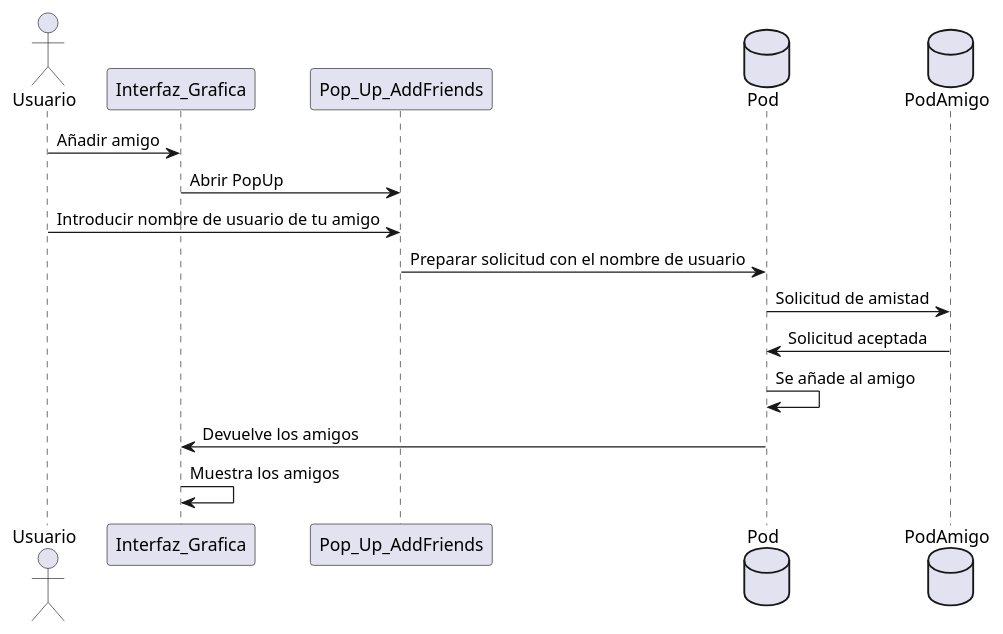
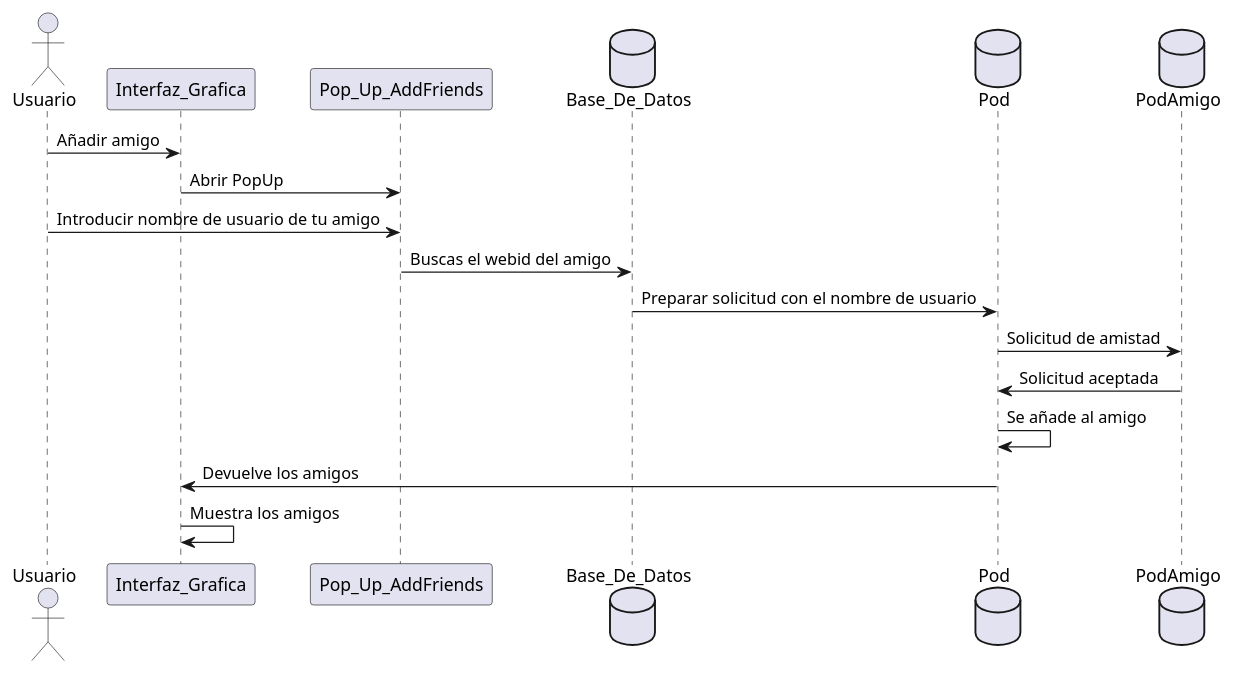
One commit to UO264921/radarin_es2b changed the second of 5 diagrams in webapp/docs/06_runtime_view.adoc. Above: the diagram before and after it, drawn with PlantUML. The commit also changed other lines of this file and 1 other file, not shown here.

```diff
--- a/webapp/docs/06_runtime_view.adoc
+++ b/webapp/docs/06_runtime_view.adoc
@@ -30,18 +35,22 @@
 [plantuml, {plantUMLDir}añadirAmigos, svg]
 ----
+@startuml
 actor Usuario
 participant Interfaz_Grafica
 participant Pop_Up_AddFriends
+database Base_De_Datos
 database Pod
 database PodAmigo
 Usuario -> Interfaz_Grafica: Añadir amigo
 Interfaz_Grafica -> Pop_Up_AddFriends: Abrir PopUp
 Usuario -> Pop_Up_AddFriends: Introducir nombre de usuario de tu amigo
+Pop_Up_AddFriends -> Base_De_Datos: Buscas el webid del amigo 
+Base_De_Datos-> Pod : Preparar solicitud con el nombre de usuario
 
-Pop_Up_AddFriends -> Pod: Preparar solicitud con el nombre de usuario
 Pod -> PodAmigo: Solicitud de amistad
 Pod <- PodAmigo: Solicitud aceptada
 Pod -> Pod: Se añade al amigo
 Pod -> Interfaz_Grafica: Devuelve los amigos
 Interfaz_Grafica -> Interfaz_Grafica: Muestra los amigos
+@enduml
 ----
```
